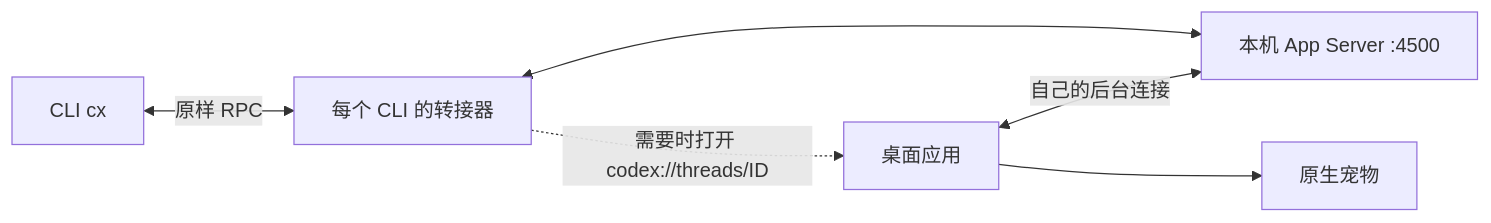
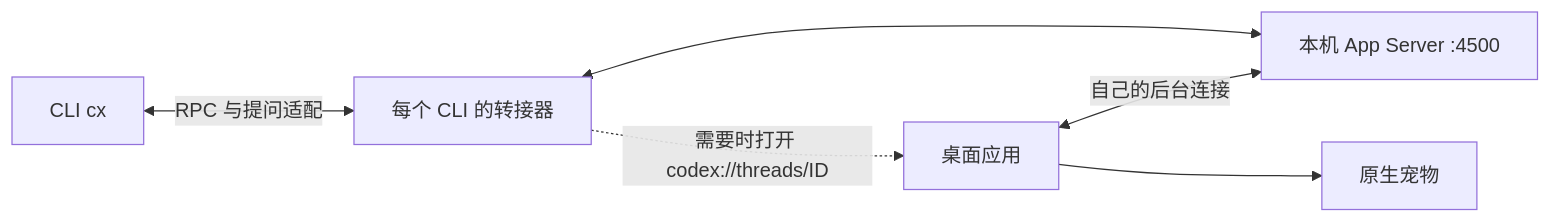
Before and after one commit to houhongxu/codex-bridge: the diagram in docs/architecture.md, drawn with Mermaid. The commit also changed other lines of this file and 12 other files, not shown here.

````diff
--- a/docs/architecture.md
+++ b/docs/architecture.md
@@ -7,8 +7,8 @@
 ```mermaid
 flowchart LR
-    CLI[CLI cx] <-->|原样 RPC| Relay[每个 CLI 的转接器]
+    CLI[CLI cx] <-->|RPC 与提问适配| Relay[每个 CLI 的转接器]
     Relay <--> Server[本机 App Server :4500]
     Desktop[桌面应用] <-->|自己的后台连接| Server
     Relay -.->|需要时打开 codex://threads/ID| Desktop
     Desktop --> Pet[原生宠物]
 ```
````
